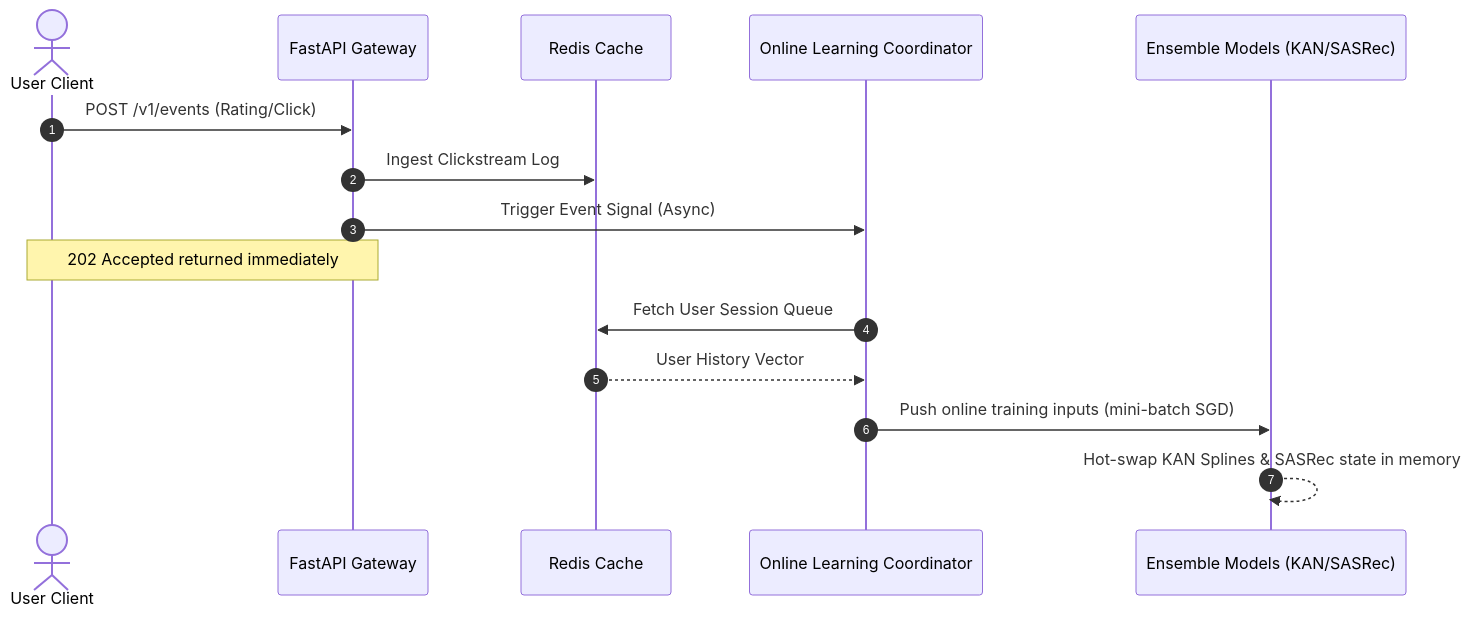
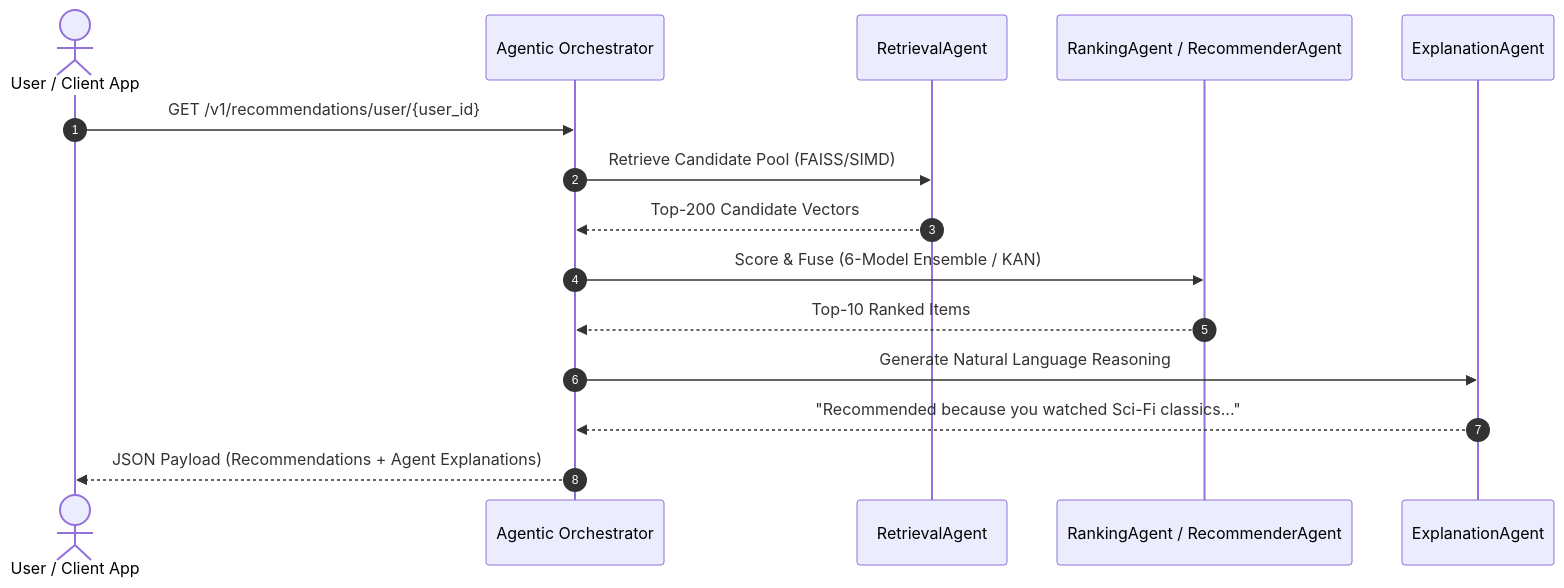
The diagram in README.md (pavan-badempet/Movie-Recommendation-System), drawn with Mermaid before and after one commit. The commit also changed other lines of this file, not shown here.

Commit message:
docs(readme): update README with state-of-the-art SEO documentation covering Spark 4.2 Lakeflow, Agentic AI, PyTorch 6-Model Ensemble, and 3-Tier serving

````diff
--- a/README.md
+++ b/README.md
@@ -139,18 +184,18 @@
 ```mermaid
 sequenceDiagram
     autonumber
-    actor User as User Client
-    participant API as FastAPI Gateway
-    participant Redis as Redis Cache
-    participant Coordinator as Online Learning Coordinator
-    participant Models as Ensemble Models (KAN/SASRec)
+    actor User as User / Client App
+    participant Orchestrator as Agentic Orchestrator
+    participant Retrieval as RetrievalAgent
+    participant Ranking as RankingAgent / RecommenderAgent
+    participant Explainer as ExplanationAgent
 
-    User->>API: POST /v1/events (Rating/Click)
-    API->>Redis: Ingest Clickstream Log
-    API->>Coordinator: Trigger Event Signal (Async)
-    Note over API,User: 202 Accepted returned immediately
-    Coordinator->>Redis: Fetch User Session Queue
-    Redis-->>Coordinator: User History Vector
-    Coordinator->>Models: Push online training inputs (mini-batch SGD)
-    Models-->>Models: Hot-swap KAN Splines & SASRec state in memory
+    User->>Orchestrator: GET /v1/recommendations/user/{user_id}
+    Orchestrator->>Retrieval: Retrieve Candidate Pool (FAISS/SIMD)
+    Retrieval-->>Orchestrator: Top-200 Candidate Vectors
+    Orchestrator->>Ranking: Score & Fuse (6-Model Ensemble / KAN)
+    Ranking-->>Orchestrator: Top-10 Ranked Items
+    Orchestrator->>Explainer: Generate Natural Language Reasoning
+    Explainer-->>Orchestrator: "Recommended because you watched Sci-Fi classics..."
+    Orchestrator-->>User: JSON Payload (Recommendations + Agent Explanations)
 ```
````
